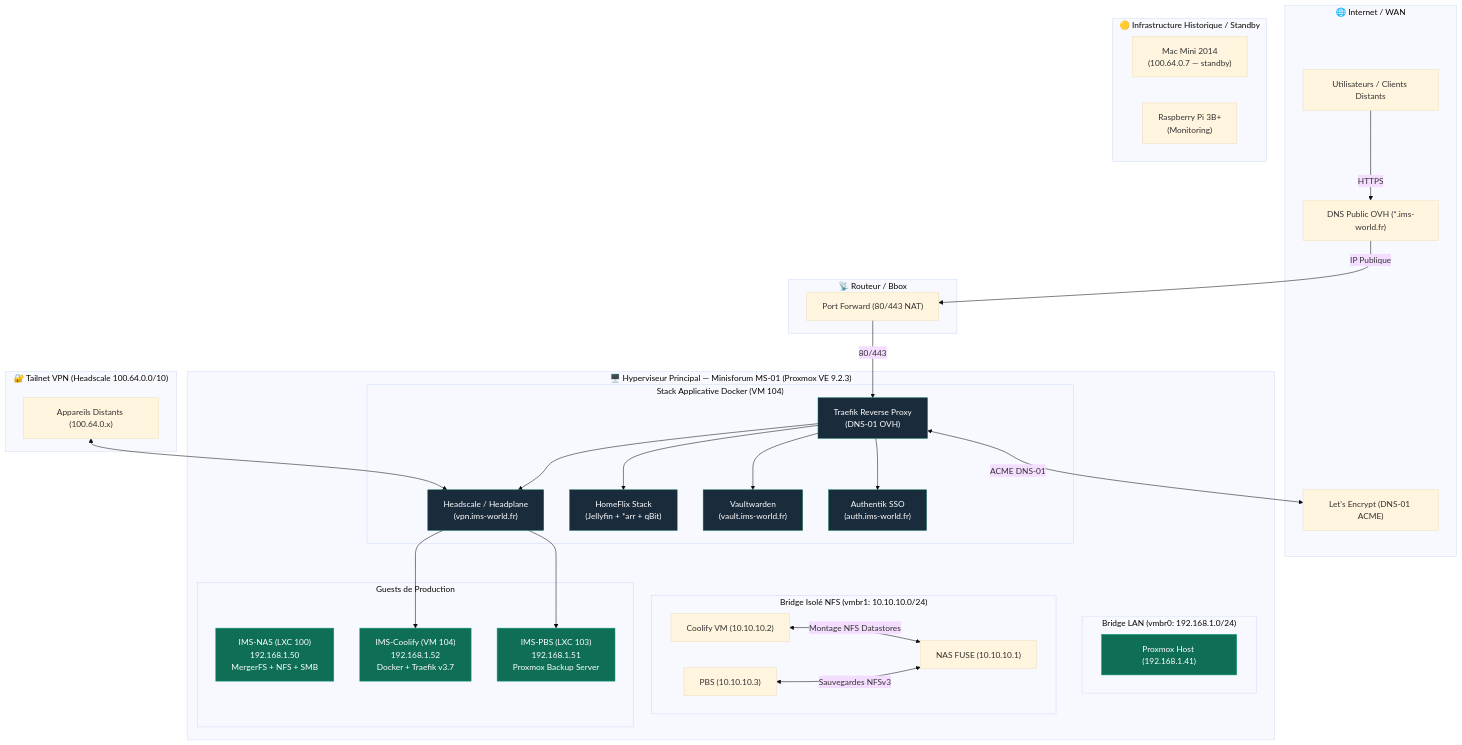
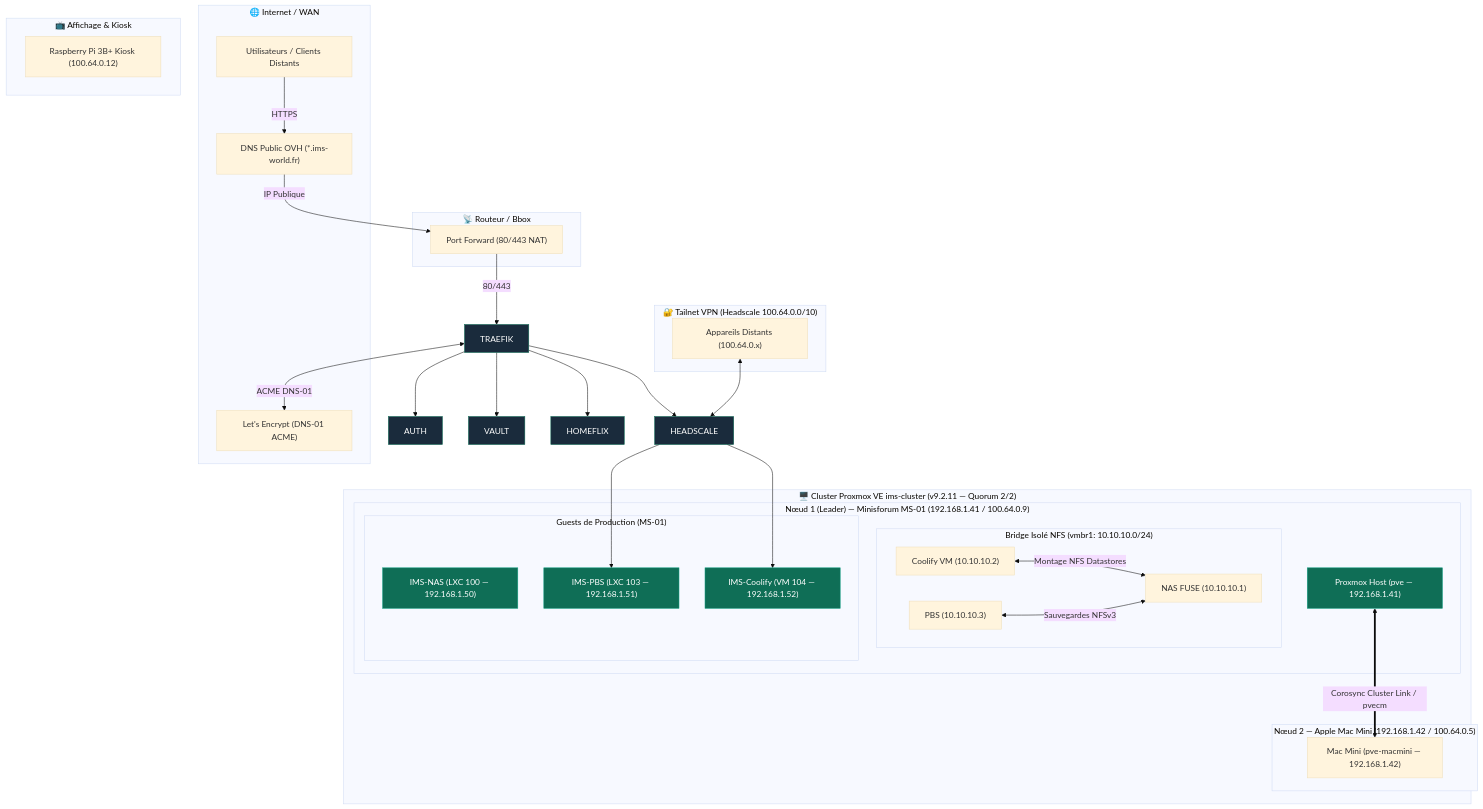
Before and after one commit to ims-world/docs: the diagram in README.md, drawn with Mermaid (base theme). The commit also changed 13 other files, not shown here.

Commit message:
docs: refonte du schema d'architecture macro globale pour le cluster 2 nœuds ims-cluster (MS-01 + Mac Mini) et IPs Tailscale

````diff
--- a/README.md
+++ b/README.md
@@ -26,75 +26,72 @@
 ```mermaid
 flowchart TB
     subgraph WAN ["🌐 Internet / WAN"]
         USERS["Utilisateurs / Clients Distants"]
         DNS["DNS Public OVH (*.ims-world.fr)"]
         ACME["Let's Encrypt (DNS-01 ACME)"]
     end
 
     subgraph ROUTER ["📡 Routeur / Bbox"]
         PF["Port Forward (80/443 NAT)"]
     end
 
-    subgraph PROXMOX ["🖥️ Hyperviseur Principal — Minisforum MS-01 (Proxmox VE 9.2.3)"]
-        subgraph VMBR0 ["Bridge LAN (vmbr0: 192.168.1.0/24)"]
-            PVE_HOST["Proxmox Host (192.168.1.41)"]
+    subgraph PROXMOX_CLUSTER ["🖥️ Cluster Proxmox VE ims-cluster (v9.2.11 — Quorum 2/2)"]
+        subgraph NODE1 ["Nœud 1 (Leader) — Minisforum MS-01 (192.168.1.41 / 100.64.0.9)"]
+            PVE_HOST["Proxmox Host (pve — 192.168.1.41)"]
+            
+            subgraph VMBR1 ["Bridge Isolé NFS (vmbr1: 10.10.10.0/24)"]
+                direction LR
+                NAS_ISO["NAS FUSE (10.10.10.1)"]
+                PBS_ISO["PBS (10.10.10.3)"]
+                COOL_ISO["Coolify VM (10.10.10.2)"]
+            end
+
+            subgraph GUESTS ["Guests de Production (MS-01)"]
+                LXC_NAS["IMS-NAS (LXC 100 — 192.168.1.50)"]
+                LXC_PBS["IMS-PBS (LXC 103 — 192.168.1.51)"]
+                VM_COOLIFY["IMS-Coolify (VM 104 — 192.168.1.52)"]
+            end
         end
 
-        subgraph VMBR1 ["Bridge Isolé NFS (vmbr1: 10.10.10.0/24)"]
-            direction LR
-            NAS_ISO["NAS FUSE (10.10.10.1)"]
-            PBS_ISO["PBS (10.10.10.3)"]
-            COOL_ISO["Coolify VM (10.10.10.2)"]
+        subgraph NODE2 ["Nœud 2 — Apple Mac Mini (192.168.1.42 / 100.64.0.5)"]
+            MAC_MINI["Mac Mini (pve-macmini — 192.168.1.42)"]
         end
 
-        subgraph GUESTS ["Guests de Production"]
-            LXC_NAS["IMS-NAS (LXC 100)\n192.168.1.50\nMergerFS + NFS + SMB"]
-            LXC_PBS["IMS-PBS (LXC 103)\n192.168.1.51\nProxmox Backup Server"]
-            VM_COOLIFY["IMS-Coolify (VM 104)\n192.168.1.52\nDocker + Traefik v3.7"]
-        end
-
-        subgraph DOCKER_STACK ["Stack Applicative Docker (VM 104)"]
-            TRAEFIK["Traefik Reverse Proxy\n(DNS-01 OVH)"]
-            AUTH["Authentik SSO\n(auth.ims-world.fr)"]
-            VAULT["Vaultwarden\n(vault.ims-world.fr)"]
-            HOMEFLIX["HomeFlix Stack\n(Jellyfin + *arr + qBit)"]
-            HEADSCALE["Headscale / Headplane\n(vpn.ims-world.fr)"]
-        end
+        PVE_HOST <==>|Corosync Cluster Link / pvecm| MAC_MINI
     end
 
     subgraph TAILNET ["🔐 Tailnet VPN (Headscale 100.64.0.0/10)"]
         CLIENTS["Appareils Distants (100.64.0.x)"]
     end
 
-    subgraph STANDBY ["🟡 Infrastructure Historique / Standby"]
-        MAC_MINI["Mac Mini 2014\n(100.64.0.7 — standby)"]
-        RPI["Raspberry Pi 3B+\n(Monitoring)"]
+    subgraph SATELLITES ["📺 Affichage & Kiosk"]
+        RPI["Raspberry Pi 3B+ Kiosk (100.64.0.12)"]
     end
 
     %% Connexions WAN et Réseau
     USERS -->|HTTPS| DNS
     DNS -->|IP Publique| PF
     PF -->|80/443| TRAEFIK
     TRAEFIK <-->|ACME DNS-01| ACME
 
     %% Routage Interne Traefik
     TRAEFIK --> AUTH
     TRAEFIK --> VAULT
     TRAEFIK --> HOMEFLIX
     TRAEFIK --> HEADSCALE
 
     %% Liaisons NFS Interne vmbr1
     COOL_ISO <-->|Montage NFS Datastores| NAS_ISO
     PBS_ISO <-->|Sauvegardes NFSv3| NAS_ISO
 
     %% Liaisons Tailscale
     CLIENTS <--> HEADSCALE
     HEADSCALE --> LXC_PBS
     HEADSCALE --> VM_COOLIFY
 
     classDef host fill:#0F6E56,stroke:#16A085,color:#fff;
     classDef guest fill:#1a2b3c,stroke:#0F6E56,color:#fff;
     classDef wan fill:#2c3e50,stroke:#34495e,color:#fff;
     class PVE_HOST,LXC_NAS,LXC_PBS,VM_COOLIFY host;
     class TRAEFIK,AUTH,VAULT,HOMEFLIX,HEADSCALE guest;
 ```
````
